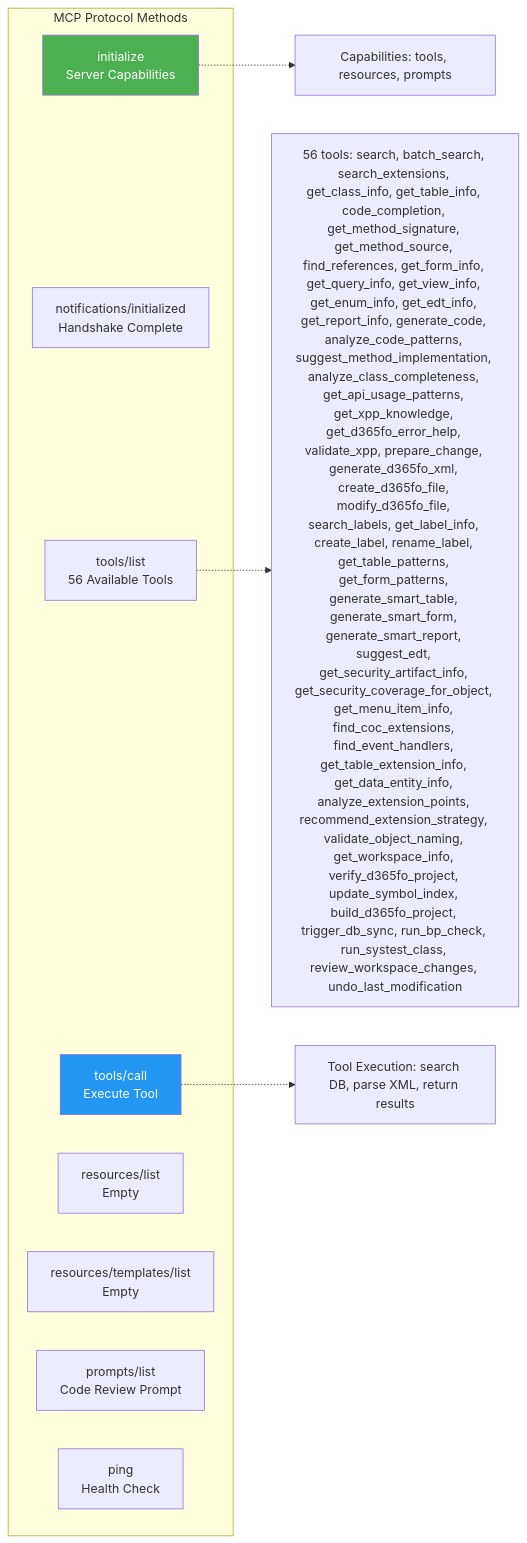
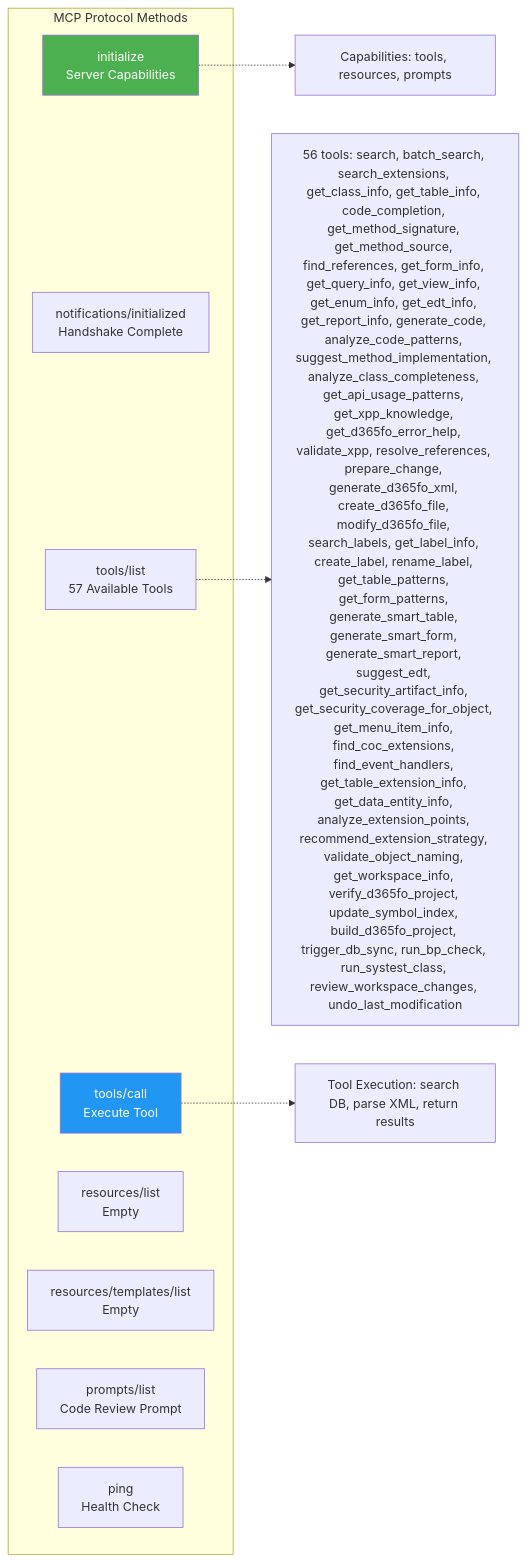
Before and after one commit to DaylePWork/d365fo-mcp-server: diagram 13 of 20 in docs/ARCHITECTURE.md, drawn with Mermaid. The commit also changed other lines of this file and 14 other files, not shown here.

````diff
--- a/docs/ARCHITECTURE.md
+++ b/docs/ARCHITECTURE.md
@@ -802,19 +802,19 @@
 ```mermaid
 graph LR
     subgraph "MCP Protocol Methods"
         INIT[initialize\n Server Capabilities]
         NOTIFY[notifications/initialized\n Handshake Complete]
-        TOOLS_LIST[tools/list\n 56 Available Tools]
+        TOOLS_LIST[tools/list\n 57 Available Tools]
         TOOLS_CALL[tools/call\n Execute Tool]
         RES_LIST[resources/list\n Empty]
         RES_TMPL[resources/templates/list\n Empty]
         PROMPT_LIST[prompts/list\n Code Review Prompt]
         PING[ping\n Health Check]
     end
 
     INIT -.-> CAPS[Capabilities: tools, resources, prompts]
-    TOOLS_LIST -.-> TOOL_DEFS["56 tools: search, batch_search, search_extensions, get_class_info, get_table_info, code_completion, get_method_signature, get_method_source, find_references, get_form_info, get_query_info, get_view_info, get_enum_info, get_edt_info, get_report_info, generate_code, analyze_code_patterns, suggest_method_implementation, analyze_class_completeness, get_api_usage_patterns, get_xpp_knowledge, get_d365fo_error_help, validate_xpp, prepare_change, generate_d365fo_xml, create_d365fo_file, modify_d365fo_file, search_labels, get_label_info, create_label, rename_label, get_table_patterns, get_form_patterns, generate_smart_table, generate_smart_form, generate_smart_report, suggest_edt, get_security_artifact_info, get_security_coverage_for_object, get_menu_item_info, find_coc_extensions, find_event_handlers, get_table_extension_info, get_data_entity_info, analyze_extension_points, recommend_extension_strategy, validate_object_naming, get_workspace_info, verify_d365fo_project, update_symbol_index, build_d365fo_project, trigger_db_sync, run_bp_check, run_systest_class, review_workspace_changes, undo_last_modification"]
+    TOOLS_LIST -.-> TOOL_DEFS["56 tools: search, batch_search, search_extensions, get_class_info, get_table_info, code_completion, get_method_signature, get_method_source, find_references, get_form_info, get_query_info, get_view_info, get_enum_info, get_edt_info, get_report_info, generate_code, analyze_code_patterns, suggest_method_implementation, analyze_class_completeness, get_api_usage_patterns, get_xpp_knowledge, get_d365fo_error_help, validate_xpp, resolve_references, prepare_change, generate_d365fo_xml, create_d365fo_file, modify_d365fo_file, search_labels, get_label_info, create_label, rename_label, get_table_patterns, get_form_patterns, generate_smart_table, generate_smart_form, generate_smart_report, suggest_edt, get_security_artifact_info, get_security_coverage_for_object, get_menu_item_info, find_coc_extensions, find_event_handlers, get_table_extension_info, get_data_entity_info, analyze_extension_points, recommend_extension_strategy, validate_object_naming, get_workspace_info, verify_d365fo_project, update_symbol_index, build_d365fo_project, trigger_db_sync, run_bp_check, run_systest_class, review_workspace_changes, undo_last_modification"]
     TOOLS_CALL -.-> EXEC[Tool Execution: search DB, parse XML, return results]
     style INIT fill:#4CAF50,color:#fff
     style TOOLS_CALL fill:#2196F3,color:#fff
 ```
````
